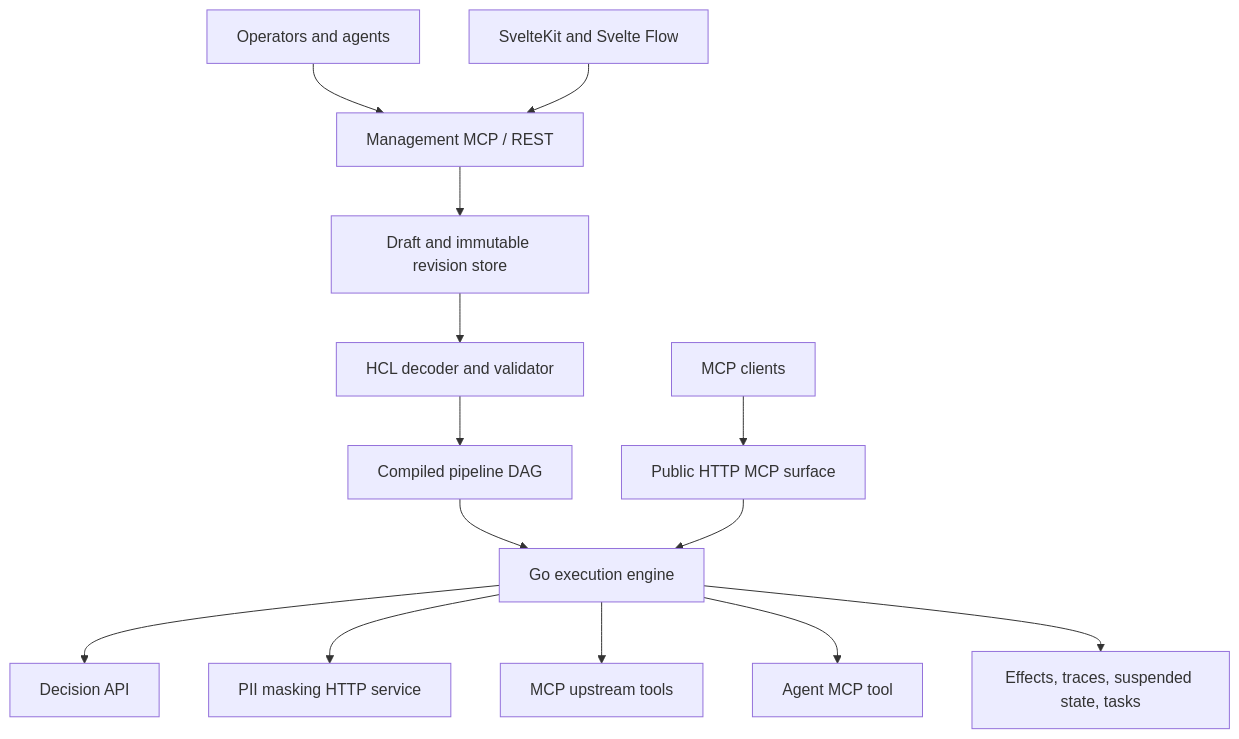
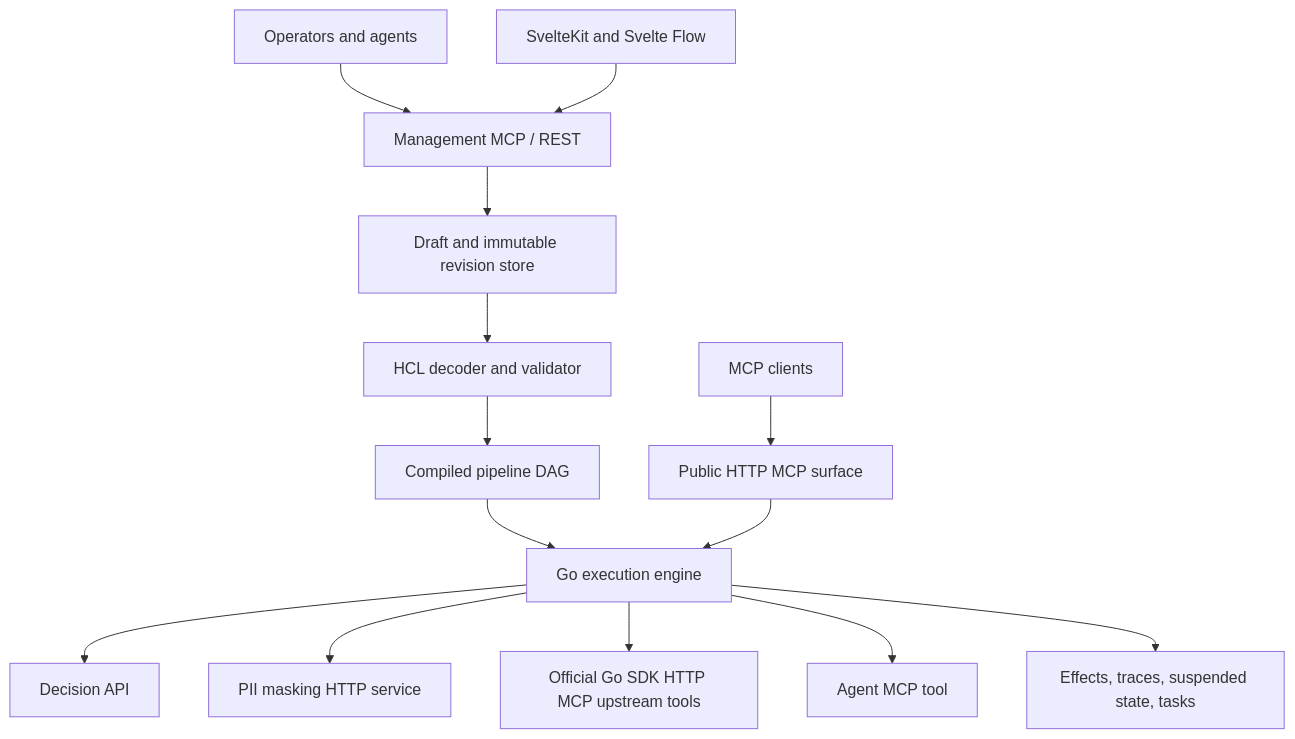
One commit to burkostya/regate changed the diagram in docs/architecture/overview.md. Above: the diagram before and after it, drawn with Mermaid. The commit also changed other lines of this file and 7 other files, not shown here.

First line of the commit message:
feat(mcp): official Go SDK for HTTP upstream client (#13)

````diff
--- a/docs/architecture/overview.md
+++ b/docs/architecture/overview.md
@@ -9,16 +9,16 @@
 ```mermaid
 flowchart TB
   Clients[MCP clients] --> Surface[Public HTTP MCP surface]
   Operators[Operators and agents] --> Admin[Management MCP / REST]
   UI[SvelteKit and Svelte Flow] --> Admin
   Admin --> Store[Draft and immutable revision store]
   Store --> Config[HCL decoder and validator]
   Config --> IR[Compiled pipeline DAG]
   IR --> Runtime[Go execution engine]
   Surface --> Runtime
   Runtime --> Decisions[Decision API]
   Runtime --> PII[PII masking HTTP service]
-  Runtime --> Upstream[MCP upstream tools]
+  Runtime --> Upstream[Official Go SDK HTTP MCP upstream tools]
   Runtime --> Agent[Agent MCP tool]
   Runtime --> Journal[Effects, traces, suspended state, tasks]
 ```
````
